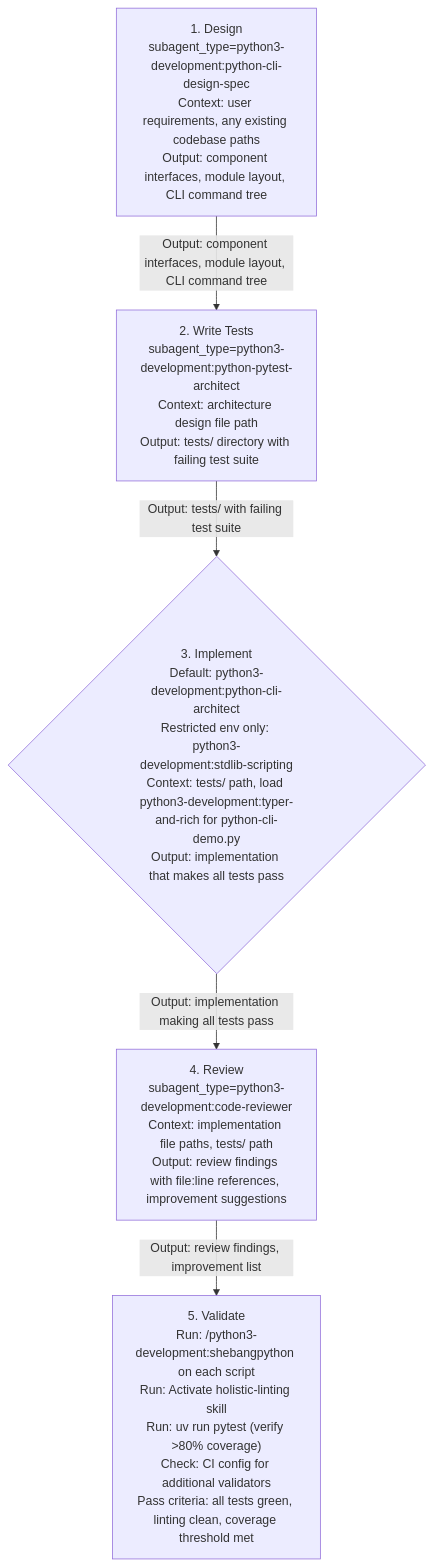
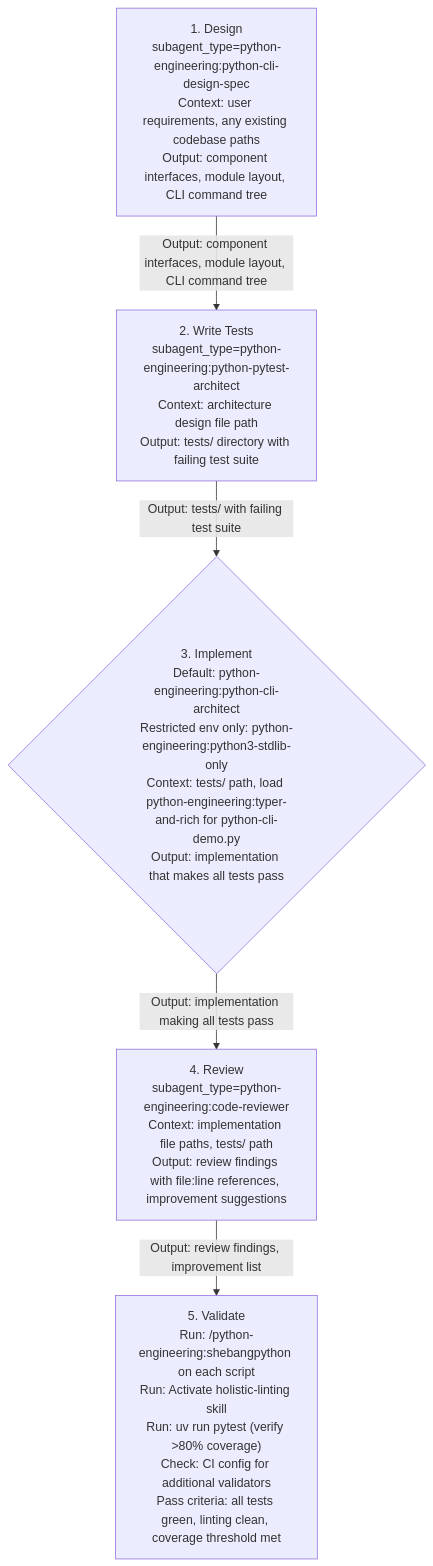
One commit to chgreer1070/claude_skills changed the first of 6 diagrams in plugins/python-engineering/skills/orchestrating-python-development/SKILL.md. Above: the diagram before and after it, drawn with Mermaid. The commit also changed other lines of this file and 10 other files, not shown here.

First line of the commit message:
fix(python-engineering): replace all python3-development: skill refs with python-engineering:

````diff
--- a/plugins/python-engineering/skills/orchestrating-python-development/SKILL.md
+++ b/plugins/python-engineering/skills/orchestrating-python-development/SKILL.md
@@ -45,12 +45,12 @@
 ```mermaid
 flowchart TD
-    S1["1. Design<br>subagent_type=python3-development:python-cli-design-spec<br>Context: user requirements, any existing codebase paths<br>Output: component interfaces, module layout, CLI command tree"]
-    S2["2. Write Tests<br>subagent_type=python3-development:python-pytest-architect<br>Context: architecture design file path<br>Output: tests/ directory with failing test suite"]
-    S3{"3. Implement<br>Default: python3-development:python-cli-architect<br>Restricted env only: python3-development:stdlib-scripting<br>Context: tests/ path, load python3-development:typer-and-rich for python-cli-demo.py<br>Output: implementation that makes all tests pass"}
-    S4["4. Review<br>subagent_type=python3-development:code-reviewer<br>Context: implementation file paths, tests/ path<br>Output: review findings with file:line references, improvement suggestions"]
-    S5["5. Validate<br>Run: /python3-development:shebangpython on each script<br>Run: Activate holistic-linting skill<br>Run: uv run pytest (verify >80% coverage)<br>Check: CI config for additional validators<br>Pass criteria: all tests green, linting clean, coverage threshold met"]
+    S1["1. Design<br>subagent_type=python-engineering:python-cli-design-spec<br>Context: user requirements, any existing codebase paths<br>Output: component interfaces, module layout, CLI command tree"]
+    S2["2. Write Tests<br>subagent_type=python-engineering:python-pytest-architect<br>Context: architecture design file path<br>Output: tests/ directory with failing test suite"]
+    S3{"3. Implement<br>Default: python-engineering:python-cli-architect<br>Restricted env only: python-engineering:python3-stdlib-only<br>Context: tests/ path, load python-engineering:typer-and-rich for python-cli-demo.py<br>Output: implementation that makes all tests pass"}
+    S4["4. Review<br>subagent_type=python-engineering:code-reviewer<br>Context: implementation file paths, tests/ path<br>Output: review findings with file:line references, improvement suggestions"]
+    S5["5. Validate<br>Run: /python-engineering:shebangpython on each script<br>Run: Activate holistic-linting skill<br>Run: uv run pytest (verify >80% coverage)<br>Check: CI config for additional validators<br>Pass criteria: all tests green, linting clean, coverage threshold met"]
     S1 -->|"Output: component interfaces, module layout, CLI command tree"| S2
     S2 -->|"Output: tests/ with failing test suite"| S3
     S3 -->|"Output: implementation making all tests pass"| S4
     S4 -->|"Output: review findings, improvement list"| S5
 ```
````
